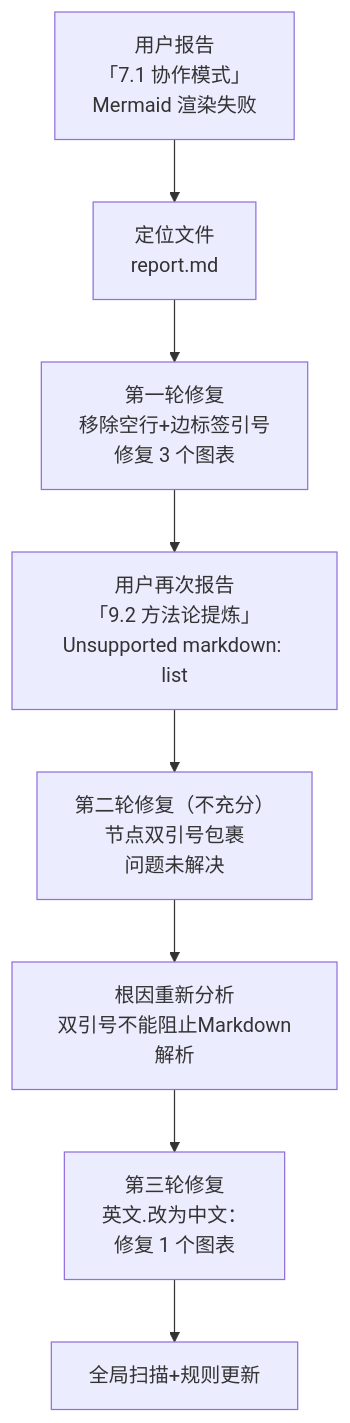
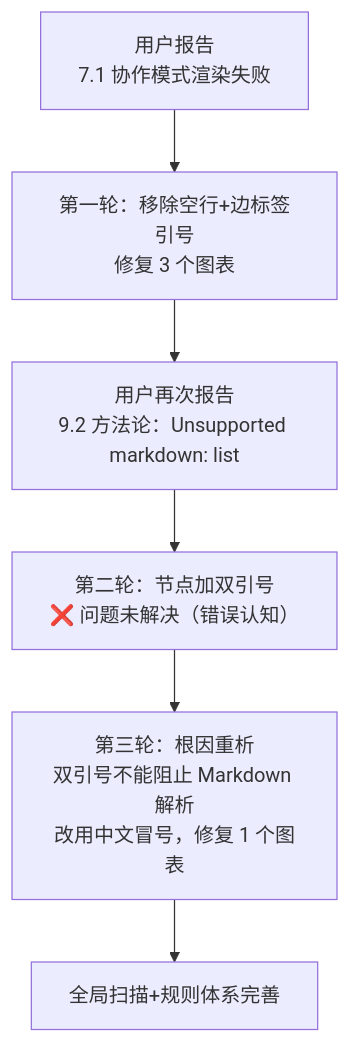
The diagram in docs/retrospective/reports/project-governance/documentation-governance/retrospective-mermaid-rendering-fix-20260626/execution-retrospective.md (xinetzone/SpecWeave), drawn with Mermaid before and after one commit. The commit also changed other lines of this file and 8 other files, not shown here.

First line of the commit message:
docs(retrospective): 精简Mermaid渲染修复复盘，去重已归档内容

````diff
--- a/docs/retrospective/reports/project-governance/documentation-governance/retrospective-mermaid-rendering-fix-20260626/execution-retrospective.md
+++ b/docs/retrospective/reports/project-governance/documentation-governance/retrospective-mermaid-rendering-fix-20260626/execution-retrospective.md
@@ -12,12 +12,10 @@
 ```mermaid
 flowchart TB
-    T1["用户报告<br/>「7.1 协作模式」<br/>Mermaid 渲染失败"]
-    T2["定位文件<br/>report.md"]
-    T3["第一轮修复<br/>移除空行+边标签引号<br/>修复 3 个图表"]
-    T4["用户再次报告<br/>「9.2 方法论提炼」<br/>Unsupported markdown: list"]
-    T5["第二轮修复（不充分）<br/>节点双引号包裹<br/>问题未解决"]
-    T6["根因重新分析<br/>双引号不能阻止Markdown解析"]
-    T7["第三轮修复<br/>英文.改为中文：<br/>修复 1 个图表"]
-    T8["全局扫描+规则更新"]
-    T1 --> T2 --> T3 --> T4 --> T5 --> T6 --> T7 --> T8
+    T1["用户报告<br/>7.1 协作模式渲染失败"]
+    T2["第一轮：移除空行+边标签引号<br/>修复 3 个图表"]
+    T3["用户再次报告<br/>9.2 方法论：Unsupported markdown: list"]
+    T4["第二轮：节点加双引号<br/>❌ 问题未解决（错误认知）"]
+    T5["第三轮：根因重析<br/>双引号不能阻止 Markdown 解析<br/>改用中文冒号，修复 1 个图表"]
+    T6["全局扫描+规则体系完善"]
+    T1 --> T2 --> T3 --> T4 --> T5 --> T6
 ```
````
